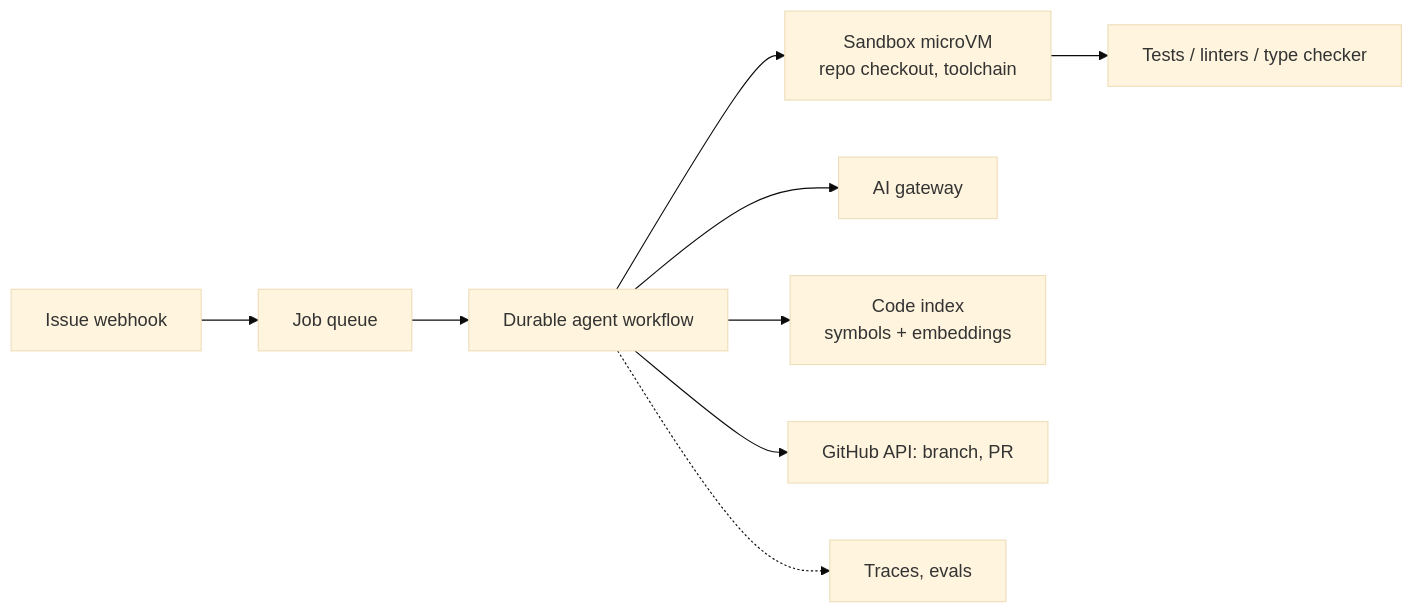
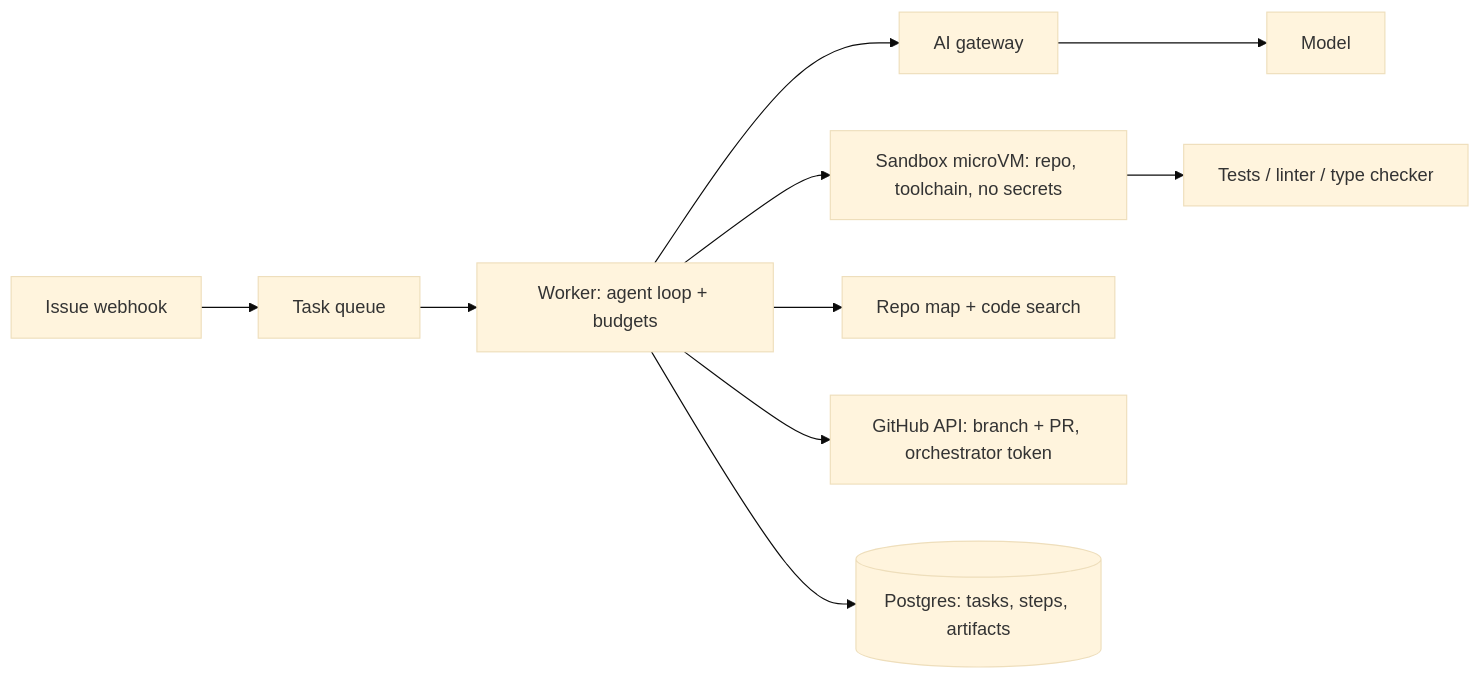
Before and after one commit to zekkrron/cs-knowledge-base: the first of 5 diagrams in Agentic/Problems/03 - Coding Agent.md, drawn with Mermaid (base theme). The commit also changed other lines of this file and 46 other files, not shown here.

````diff
--- a/Agentic/Problems/03 - Coding Agent.md
+++ b/Agentic/Problems/03 - Coding Agent.md
@@ -23,11 +111,11 @@
 ```mermaid
 flowchart LR
-    ISS[Issue webhook] --> Q[Job queue]
-    Q --> ORC[Durable agent workflow]
-    ORC --> SB[Sandbox microVM<br/>repo checkout, toolchain]
-    ORC --> GW[AI gateway]
-    ORC --> IDX[Code index<br/>symbols + embeddings]
-    SB --> TESTS[Tests / linters / type checker]
-    ORC --> GH[GitHub API: branch, PR]
-    ORC -.-> OBS[Traces, evals]
+    ISS[Issue webhook] --> Q[Task queue]
+    Q --> W[Worker: agent loop + budgets]
+    W --> GW[AI gateway] --> M[Model]
+    W --> SB[Sandbox microVM: repo, toolchain, no secrets]
+    SB --> T[Tests / linter / type checker]
+    W --> IDX[Repo map + code search]
+    W --> GH[GitHub API: branch + PR, orchestrator token]
+    W --> PG[(Postgres: tasks, steps, artifacts)]
 ```
````
